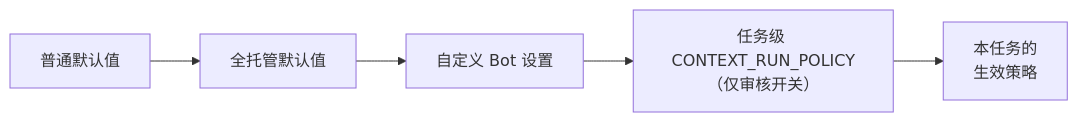
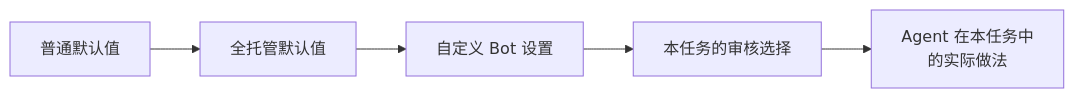
One commit to context4ai/portal changed the diagram in translations/zh-CN/sop/planning-and-production/managed-mode-and-review-policy.md. Above: the diagram before and after it, drawn with Mermaid. The commit also changed other lines of this file and 129 other files, not shown here.

````diff
--- a/translations/zh-CN/sop/planning-and-production/managed-mode-and-review-policy.md
+++ b/translations/zh-CN/sop/planning-and-production/managed-mode-and-review-policy.md
@@ -18,7 +29,7 @@
 ```mermaid
 flowchart LR
   ord["普通默认值"] --> man["全托管默认值"]
   man --> bot["自定义 Bot 设置"]
-  bot --> task["任务级 CONTEXT_RUN_POLICY<br/>（仅审核开关）"]
-  task --> eff["本任务的<br/>生效策略"]
+  bot --> task["本任务的审核选择"]
+  task --> eff["Agent 在本任务中<br/>的实际做法"]
 ```
````
